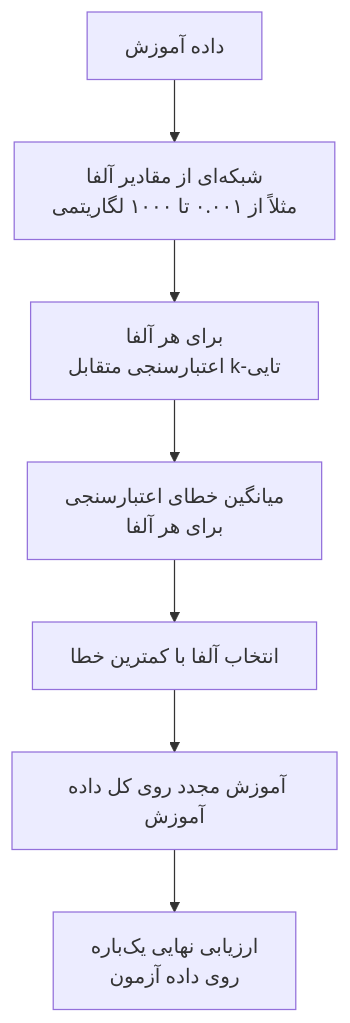
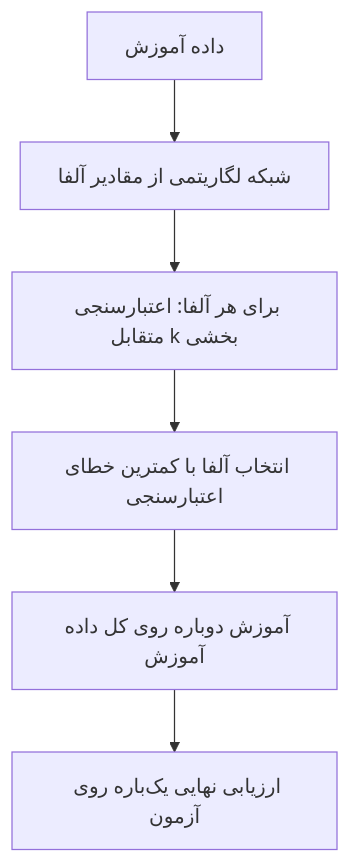
One commit to haghbinh/DM_Course changed the diagram in Part 4_Regression/19 - منظم‌سازی در رگرسیون.md. Above: the diagram before and after it, drawn with Mermaid. The commit also changed other lines of this file and 29 other files, not shown here.

````diff
--- a/Part 4_Regression/19 - منظم‌سازی در رگرسیون.md
+++ b/Part 4_Regression/19 - منظم‌سازی در رگرسیون.md
@@ -197,9 +258,8 @@
 ```mermaid
 flowchart TD
-    A[داده آموزش] --> B[شبکه‌ای از مقادیر آلفا<br/>مثلاً از ۰.۰۰۱ تا ۱۰۰۰ لگاریتمی]
-    B --> C[برای هر آلفا<br/>اعتبارسنجی متقابل k-تایی]
-    C --> D[میانگین خطای اعتبارسنجی<br/>برای هر آلفا]
-    D --> E[انتخاب آلفا با کمترین خطا]
-    E --> F[آموزش مجدد روی کل داده آموزش]
-    F --> G[ارزیابی نهایی یک‌باره<br/>روی داده آزمون]
+    A["داده آموزش"] --> B["شبکه لگاریتمی از مقادیر آلفا"]
+    B --> C["برای هر آلفا: اعتبارسنجی متقابل k بخشی"]
+    C --> D["انتخاب آلفا با کمترین خطای اعتبارسنجی"]
+    D --> E["آموزش دوباره روی کل داده آموزش"]
+    E --> F["ارزیابی نهایی یک‌باره روی آزمون"]
 ```
````
